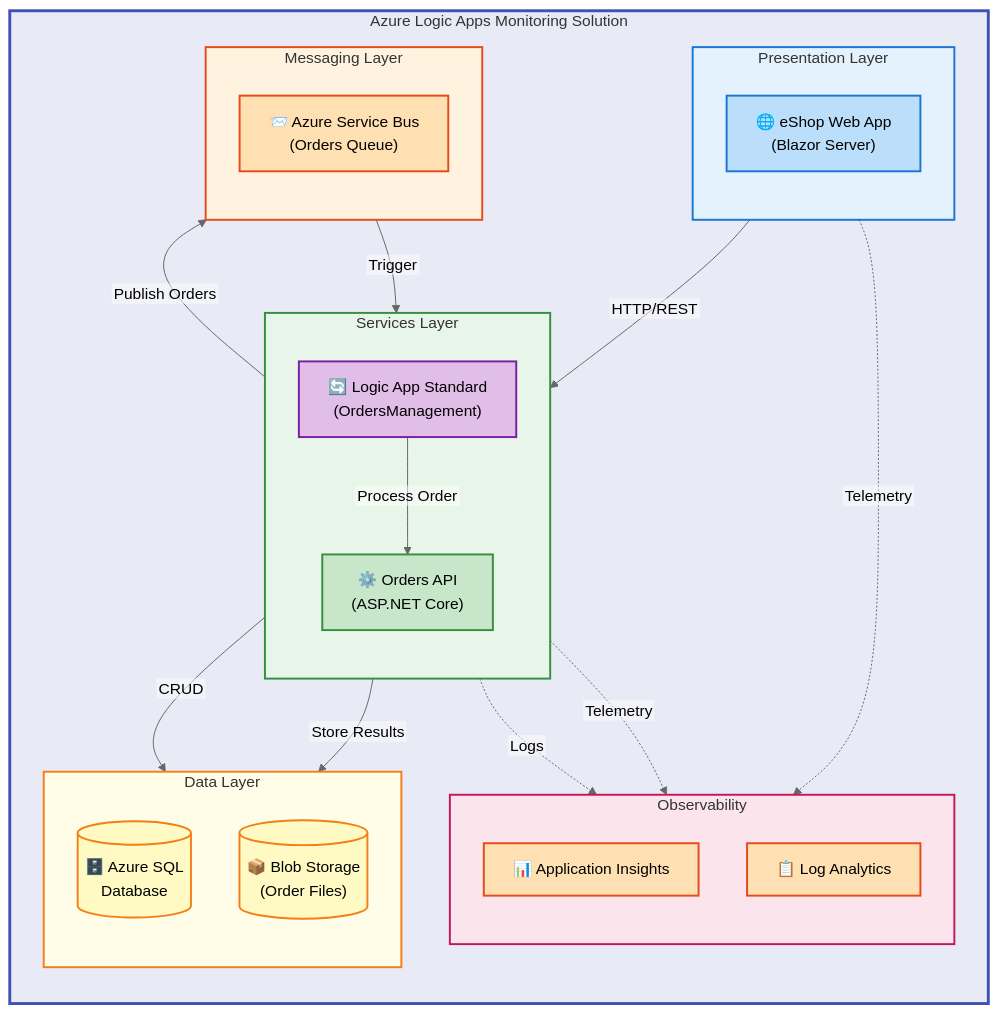
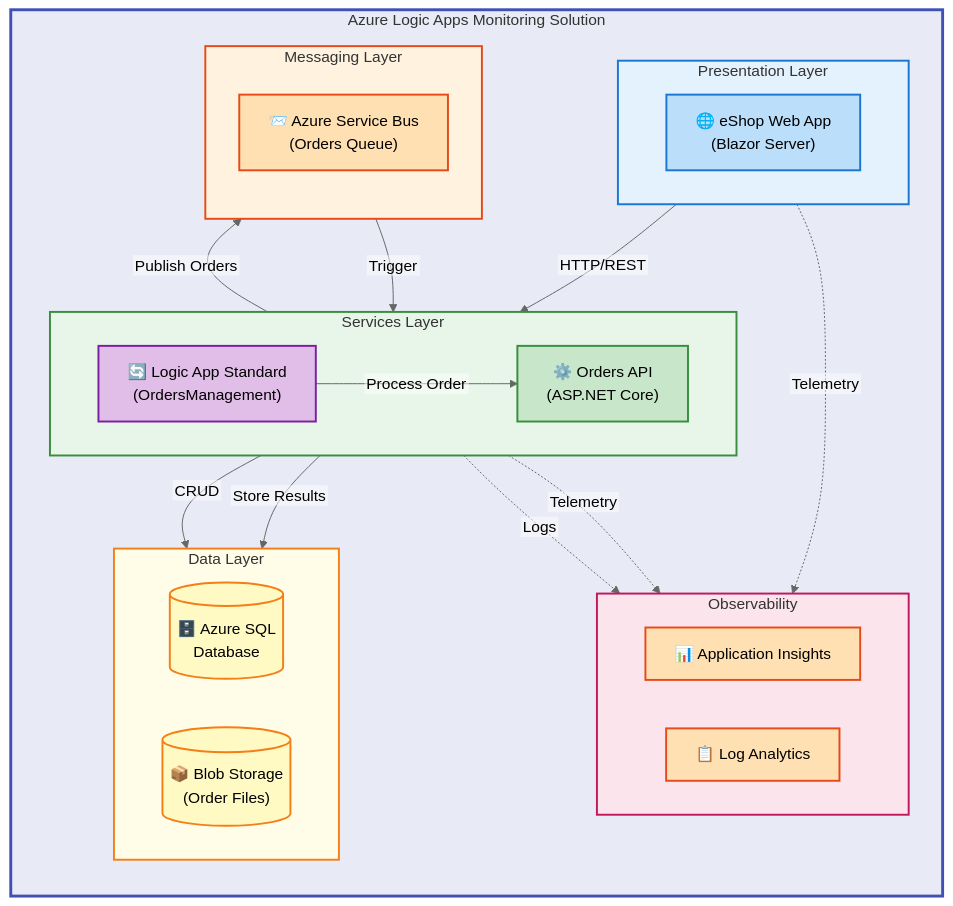
The diagram in README.md (Evilazaro/Azure-LogicApps-Monitoring), drawn with Mermaid (neutral theme) before and after one commit.

Commit message:
Refactor README.md: change flowchart direction from top-bottom to left-right for consistency

````diff
--- a/README.md
+++ b/README.md
@@ -38,62 +38,61 @@
 ```mermaid
 %%{init: {"flowchart": {"htmlLabels": false}} }%%
 flowchart TD
     classDef mdBlue fill:#BBDEFB,stroke:#1976D2,stroke-width:2px,color:#000
     classDef mdGreen fill:#C8E6C9,stroke:#388E3C,stroke-width:2px,color:#000
     classDef mdOrange fill:#FFE0B2,stroke:#E64A19,stroke-width:2px,color:#000
     classDef mdPurple fill:#E1BEE7,stroke:#7B1FA2,stroke-width:2px,color:#000
     classDef mdYellow fill:#FFF9C4,stroke:#F57F17,stroke-width:2px,color:#000
 
     subgraph system["Azure Logic Apps Monitoring Solution"]
         direction TB
         subgraph presentation["Presentation Layer"]
-            direction TB
+            direction LR
             webApp["🌐 eShop Web App<br/>(Blazor Server)"]:::mdBlue
-            direction TB
         end
 
         subgraph services["Services Layer"]
             direction TB
             ordersApi["⚙️ Orders API<br/>(ASP.NET Core)"]:::mdGreen
-            direction TB
+            direction LR
             logicApp["🔄 Logic App Standard<br/>(OrdersManagement)"]:::mdPurple
         end
 
         subgraph messaging["Messaging Layer"]
             direction TB
             serviceBus["📨 Azure Service Bus<br/>(Orders Queue)"]:::mdOrange
         end
 
         subgraph data["Data Layer"]
             direction TB
             sqlDb[("🗄️ Azure SQL<br/>Database")]:::mdYellow
-            direction TB
+            direction LR
             blobStorage[("📦 Blob Storage<br/>(Order Files)")]:::mdYellow
         end
 
         subgraph observability["Observability"]
             direction TB
             appInsights["📊 Application Insights"]:::mdOrange
-            direction TB
+            direction LR
             logAnalytics["📋 Log Analytics"]:::mdOrange
         end
 
         webApp -->|"HTTP/REST"| ordersApi
         ordersApi -->|"Publish Orders"| serviceBus
         serviceBus -->|"Trigger"| logicApp
         logicApp -->|"Process Order"| ordersApi
         logicApp -->|"Store Results"| blobStorage
         ordersApi -->|"CRUD"| sqlDb
 
         webApp -.->|"Telemetry"| appInsights
         ordersApi -.->|"Telemetry"| appInsights
         logicApp -.->|"Logs"| logAnalytics
     end
 
     style system fill:#E8EAF6,stroke:#3F51B5,stroke-width:3px
     style presentation fill:#E3F2FD,stroke:#1976D2,stroke-width:2px
     style services fill:#E8F5E9,stroke:#388E3C,stroke-width:2px
     style messaging fill:#FFF3E0,stroke:#E64A19,stroke-width:2px
     style data fill:#FFFDE7,stroke:#F57F17,stroke-width:2px
     style observability fill:#FCE4EC,stroke:#C2185B,stroke-width:2px
 ```
````
